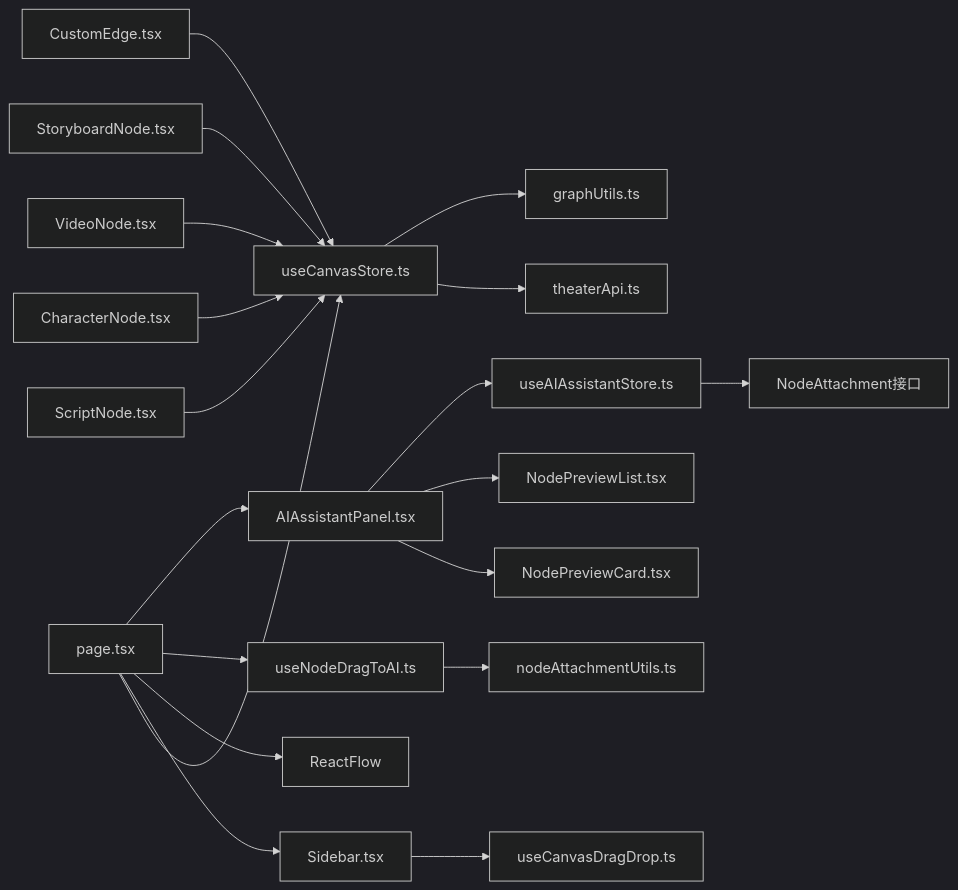
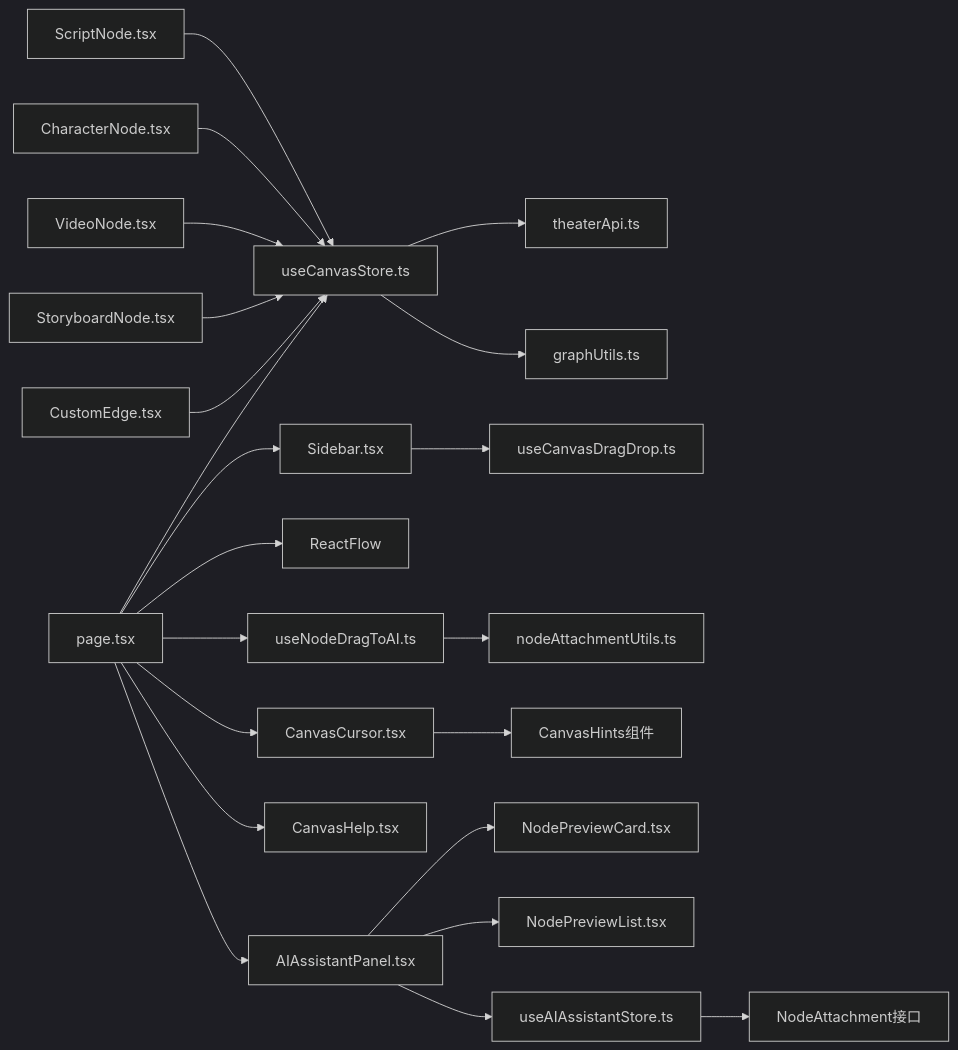
One commit to KunLabAI/KunFlix changed diagram 26 of 26 in .qoder/repowiki/zh/content/Canvas Drag Drop Enhancements.md. Above: the diagram before and after it, drawn with Mermaid (dark theme). The commit also changed other lines of this file and 32 other files, not shown here.

````diff
--- a/.qoder/repowiki/zh/content/Canvas Drag Drop Enhancements.md
+++ b/.qoder/repowiki/zh/content/Canvas Drag Drop Enhancements.md
@@ -790,21 +992,24 @@
 ```mermaid
 graph LR
 A[page.tsx] --> B[useCanvasStore.ts]
 A --> C[Sidebar.tsx]
 A --> D[ReactFlow]
 A --> E[useNodeDragToAI.ts]
-C --> F[useCanvasDragDrop.ts]
-B --> G[theaterApi.ts]
-B --> H[graphUtils.ts]
-I[ScriptNode.tsx] --> B
-J[CharacterNode.tsx] --> B
-K[VideoNode.tsx] --> B
-L[StoryboardNode.tsx] --> B
-M[CustomEdge.tsx] --> B
-A --> N[AIAssistantPanel.tsx]
-N --> O[NodePreviewCard.tsx]
-N --> P[NodePreviewList.tsx]
-N --> Q[useAIAssistantStore.ts]
-E --> R[nodeAttachmentUtils.ts]
-Q --> S[NodeAttachment接口]
+A --> F[CanvasCursor.tsx]
+A --> G[CanvasHelp.tsx]
+C --> H[useCanvasDragDrop.ts]
+B --> I[theaterApi.ts]
+B --> J[graphUtils.ts]
+K[ScriptNode.tsx] --> B
+L[CharacterNode.tsx] --> B
+M[VideoNode.tsx] --> B
+N[StoryboardNode.tsx] --> B
+O[CustomEdge.tsx] --> B
+A --> P[AIAssistantPanel.tsx]
+P --> Q[NodePreviewCard.tsx]
+P --> R[NodePreviewList.tsx]
+P --> S[useAIAssistantStore.ts]
+E --> T[nodeAttachmentUtils.ts]
+S --> U[NodeAttachment接口]
+F --> V[CanvasHints组件]
 ```
````
